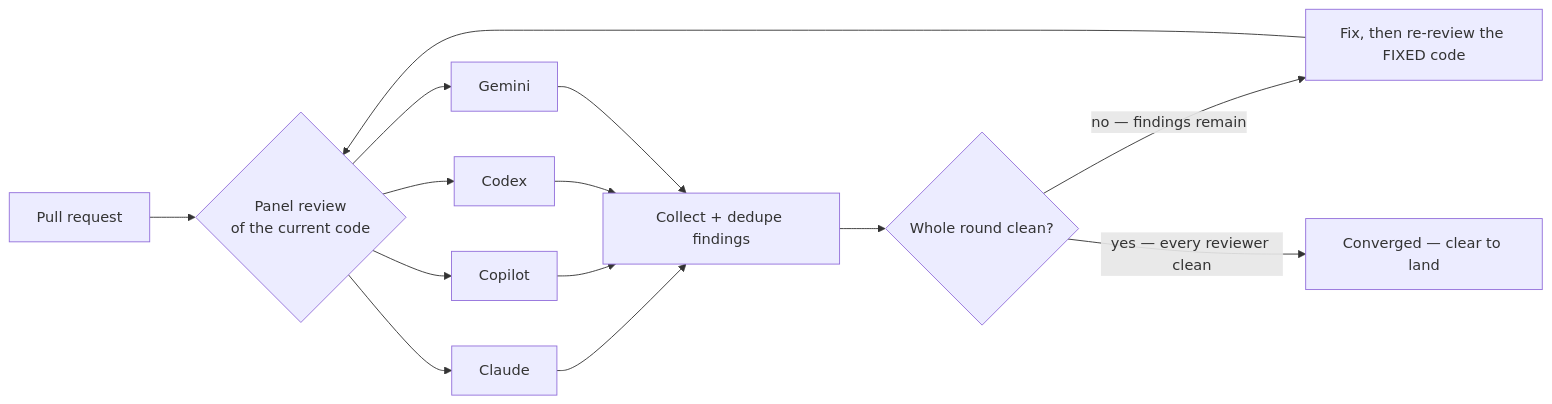
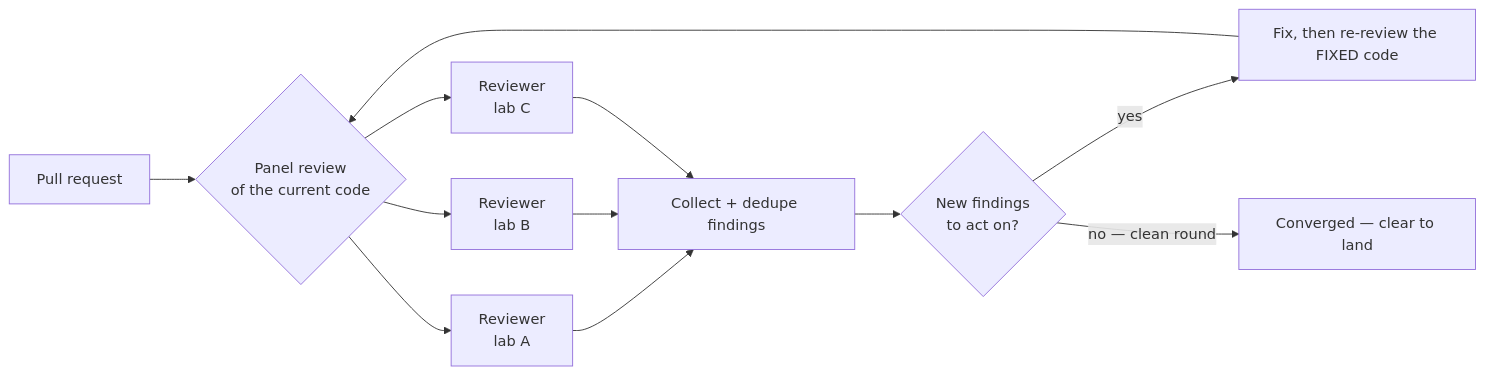
The first of 2 diagrams in README.md (buddhikernel/buddhi-review), drawn with Mermaid before and after one commit. The commit also changed other lines of this file, not shown here.

First line of the commit message:
docs(readme): correct convergence semantics; degeneralize the reviewer fleet

````diff
--- a/README.md
+++ b/README.md
@@ -61,13 +61,12 @@
 ```mermaid
 flowchart LR
   PR[Pull request] --> R{Panel review<br/>of the current code}
-  R --> C1[Claude]
-  R --> C2[Copilot]
-  R --> C3[Codex]
-  R --> C4[Gemini]
-  C1 & C2 & C3 & C4 --> F[Collect + dedupe findings]
-  F --> Q{Whole round clean?}
-  Q -- "no — findings remain" --> FIX[Fix, then re-review the FIXED code]
+  R --> C1[Reviewer<br/>lab A]
+  R --> C2[Reviewer<br/>lab B]
+  R --> C3[Reviewer<br/>lab C]
+  C1 & C2 & C3 --> F[Collect + dedupe findings]
+  F --> Q{New findings<br/>to act on?}
+  Q -- "yes" --> FIX[Fix, then re-review the FIXED code]
   FIX --> R
-  Q -- "yes — every reviewer clean" --> DONE[Converged — clear to land]
+  Q -- "no — clean round" --> DONE[Converged — clear to land]
 ```
````
